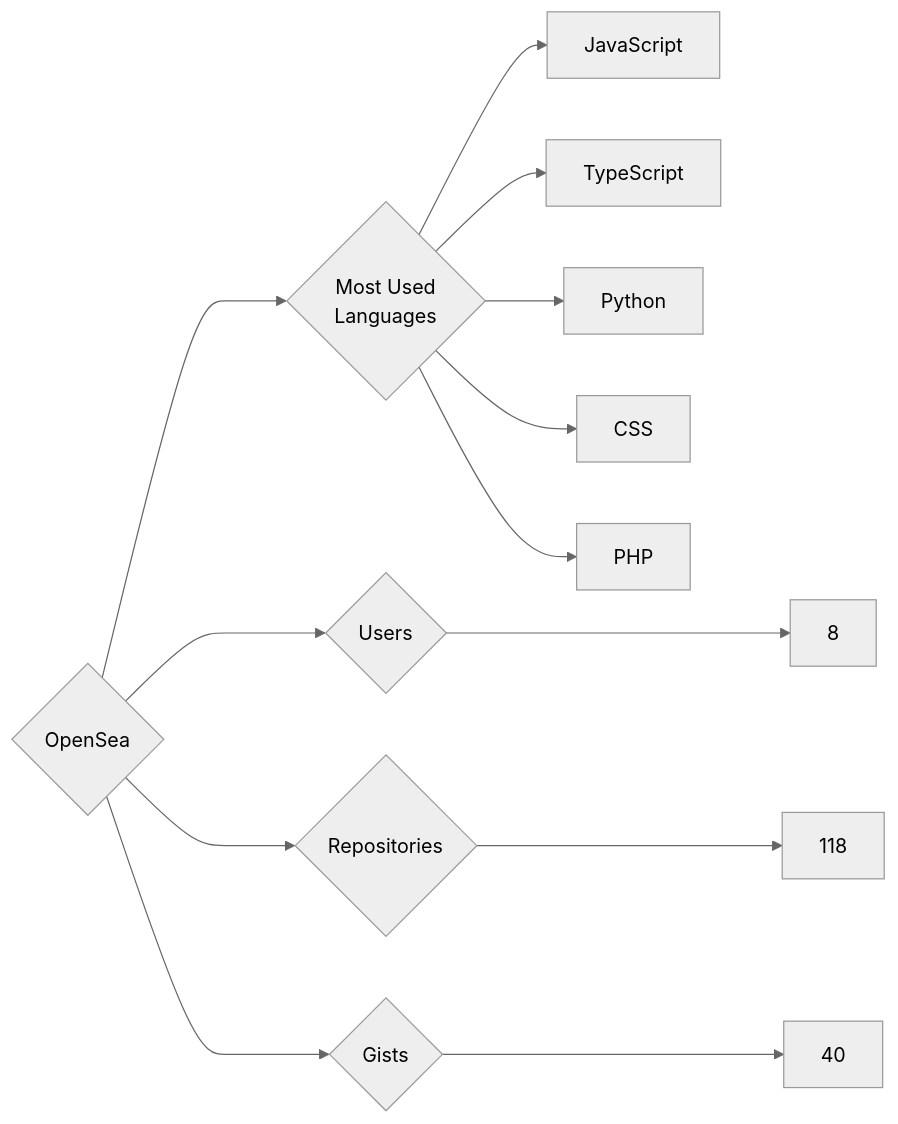
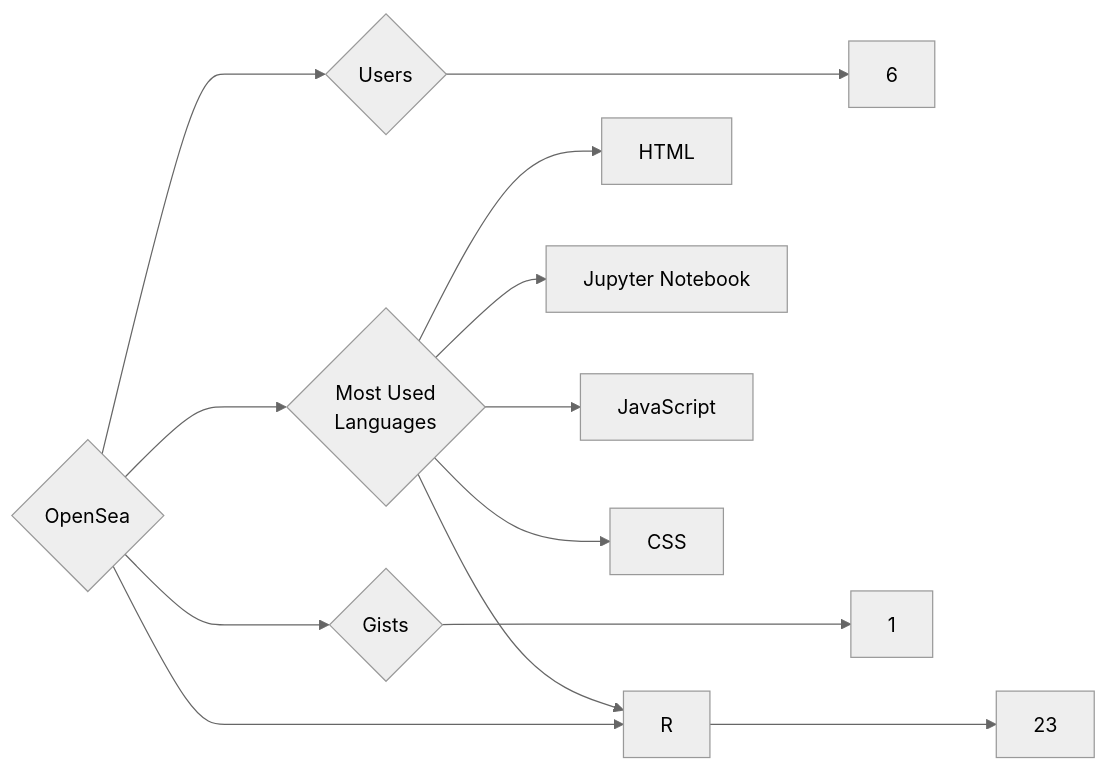
Before and after one commit to trickest/insiders: the diagram in targets/OpenSea/README.md, drawn with Mermaid (neutral theme). The commit also changed 1496 other files, not shown here.

````diff
--- a/targets/OpenSea/README.md
+++ b/targets/OpenSea/README.md
@@ -3,13 +3,13 @@
 ```mermaid
 graph LR
 COMPANY_NAME{OpenSea}
-COMPANY_NAME ---> U{Users} ---> UN[8]
-COMPANY_NAME ---> R{Repositories} ---> RN[118]
-COMPANY_NAME ---> G{Gists} ---> GN[40]
+COMPANY_NAME ---> U{Users} ---> UN[6]
+COMPANY_NAME ---> R{Repositories} ---> RN[23]
+COMPANY_NAME ---> G{Gists} ---> GN[1]
 COMPANY_NAME ---> ML{Most Used<br>Languages}
+ML --> HTML[HTML]
+ML --> R[R]
+ML --> Jupyter_Notebook[Jupyter Notebook]
 ML --> JavaScript[JavaScript]
-ML --> TypeScript[TypeScript]
-ML --> Python[Python]
 ML --> CSS[CSS]
-ML --> PHP[PHP]
 ```
````
